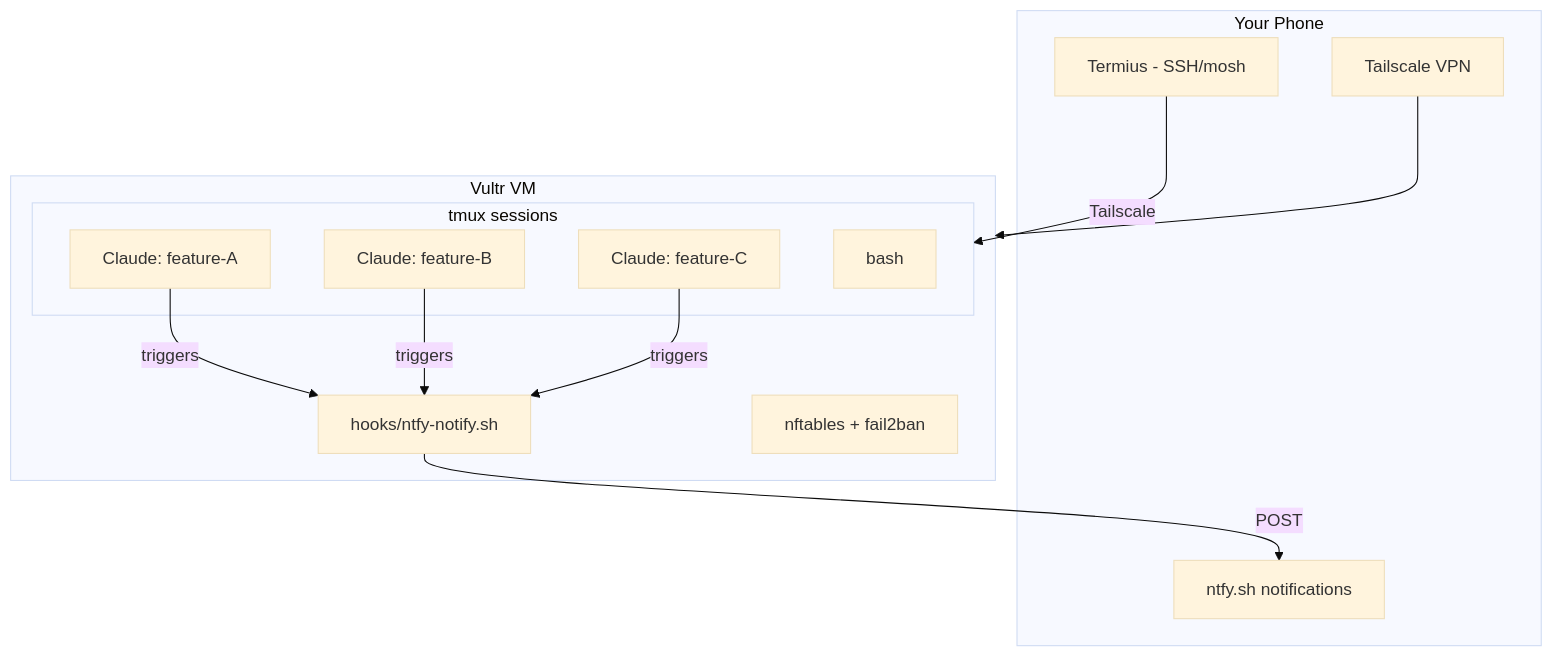
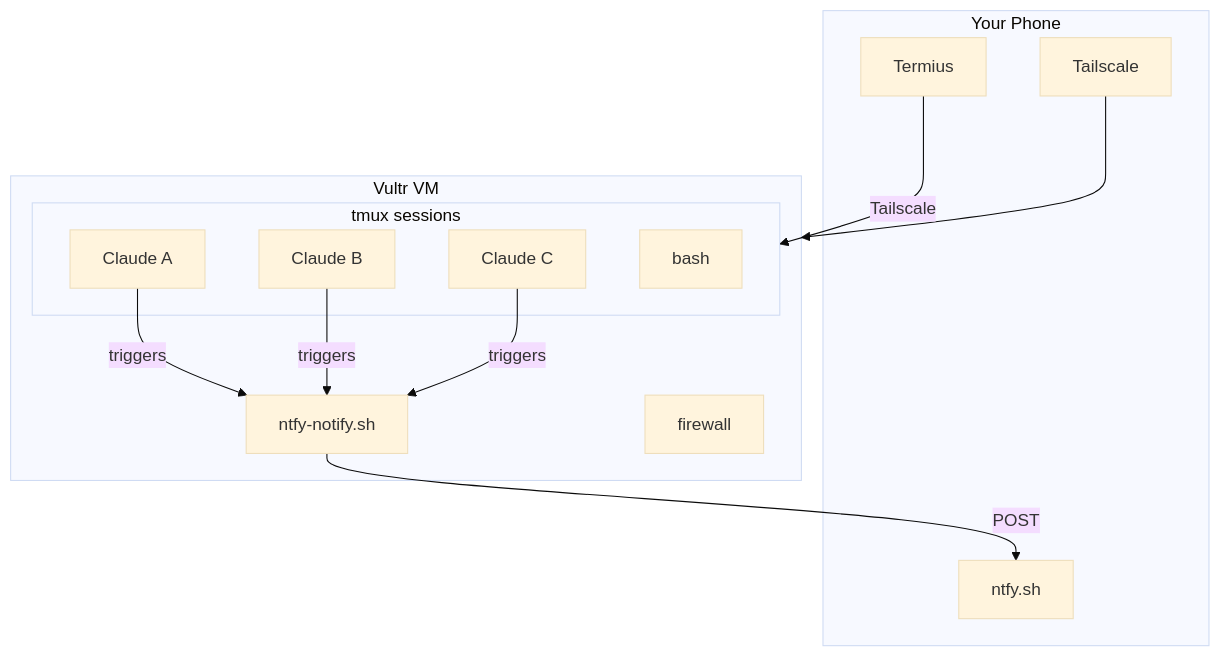
Before and after one commit to victoremnm/claude-code-mobile: the second of 2 diagrams in README.md, drawn with Mermaid (base theme).

Commit message:
Remove colons and slashes from diagram labels
Simplified labels for better compatibility:
- Claude: feature-A → Claude A
- hooks/ntfy-notify.sh → ntfy-notify.sh
- Termius - SSH/mosh → Termius
- nftables + fail2ban → firewall

🤖 Generated with [Claude Code](https://claude.com/claude-code)

````diff
--- a/README.md
+++ b/README.md
@@ -160,24 +160,24 @@
 ```mermaid
 flowchart TB
     subgraph Phone[Your Phone]
-        Termius[Termius - SSH/mosh]
-        TSPhone[Tailscale VPN]
-        ntfy[ntfy.sh notifications]
+        Termius
+        TSPhone[Tailscale]
+        ntfy[ntfy.sh]
     end
 
     subgraph VM[Vultr VM]
         subgraph tmux[tmux sessions]
-            W1[Claude: feature-A]
-            W2[Claude: feature-B]
-            W3[Claude: feature-C]
+            W1[Claude A]
+            W2[Claude B]
+            W3[Claude C]
             W4[bash]
         end
-        Hooks[hooks/ntfy-notify.sh]
-        Security[nftables + fail2ban]
+        Hooks[ntfy-notify.sh]
+        Security[firewall]
     end
 
     Termius -->|Tailscale| tmux
     TSPhone --> VM
     W1 & W2 & W3 -->|triggers| Hooks
     Hooks -->|POST| ntfy
 ```
````
